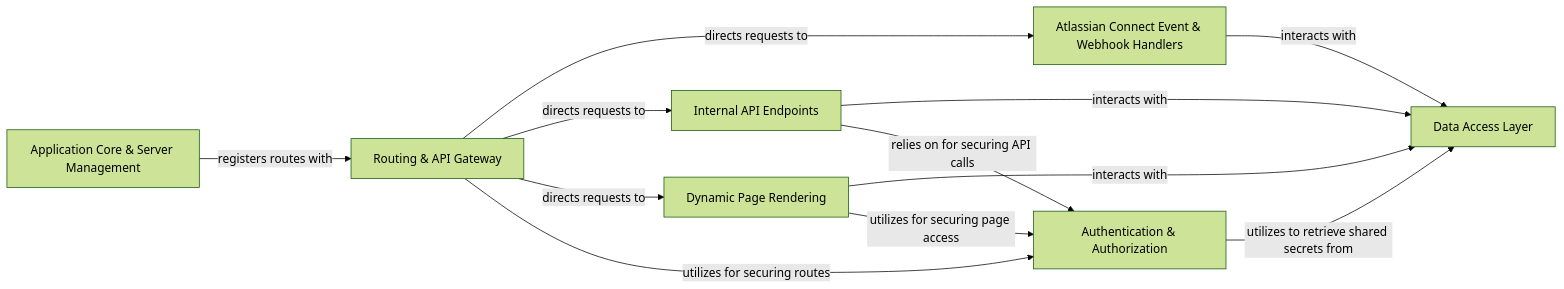
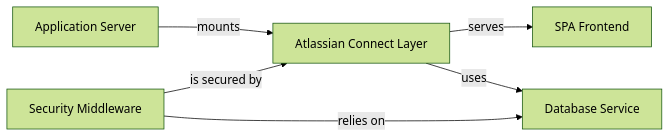
The diagram in atlassian-connect-example-app-node/on_boarding.md (CodeBoarding/GeneratedOnBoardings), drawn with Mermaid (forest theme) before and after one commit. The commit also changed other lines of this file and 3 other files, not shown here.

Commit message:
Uploading onboarding materials for atlassian-connect-example-app-node

````diff
--- a/atlassian-connect-example-app-node/on_boarding.md
+++ b/atlassian-connect-example-app-node/on_boarding.md
@@ -1,21 +1,16 @@
 ```mermaid
 graph LR
-    Application_Core_Server_Management["Application Core & Server Management"]
-    Data_Access_Layer["Data Access Layer"]
-    Authentication_Authorization["Authentication & Authorization"]
-    Routing_API_Gateway["Routing & API Gateway"]
-    Atlassian_Connect_Event_Webhook_Handlers["Atlassian Connect Event & Webhook Handlers"]
-    Internal_API_Endpoints["Internal API Endpoints"]
-    Dynamic_Page_Rendering["Dynamic Page Rendering"]
-    Application_Core_Server_Management -- "registers routes with" --> Routing_API_Gateway
-    Routing_API_Gateway -- "directs requests to" --> Atlassian_Connect_Event_Webhook_Handlers
-    Routing_API_Gateway -- "directs requests to" --> Internal_API_Endpoints
-    Routing_API_Gateway -- "directs requests to" --> Dynamic_Page_Rendering
-    Routing_API_Gateway -- "utilizes for securing routes" --> Authentication_Authorization
-    Atlassian_Connect_Event_Webhook_Handlers -- "interacts with" --> Data_Access_Layer
-    Internal_API_Endpoints -- "interacts with" --> Data_Access_Layer
-    Internal_API_Endpoints -- "relies on for securing API calls" --> Authentication_Authorization
-    Dynamic_Page_Rendering -- "interacts with" --> Data_Access_Layer
-    Dynamic_Page_Rendering -- "utilizes for securing page access" --> Authentication_Authorization
-    Authentication_Authorization -- "utilizes to retrieve shared secrets from" --> Data_Access_Layer
+    Application_Server["Application Server"]
+    Atlassian_Connect_Layer["Atlassian Connect Layer"]
+    Security_Middleware["Security Middleware"]
+    Database_Service["Database Service"]
+    SPA_Frontend["SPA Frontend"]
+    Application_Server -- "mounts" --> Atlassian_Connect_Layer
+    Security_Middleware -- "is secured by" --> Atlassian_Connect_Layer
+    Atlassian_Connect_Layer -- "serves" --> SPA_Frontend
+    Security_Middleware -- "relies on" --> Database_Service
+    Atlassian_Connect_Layer -- "uses" --> Database_Service
+    click Application_Server href "https://github.com/CodeBoarding/GeneratedOnBoardings/blob/main/atlassian-connect-example-app-node/Application_Server.md" "Details"
+    click Atlassian_Connect_Layer href "https://github.com/CodeBoarding/GeneratedOnBoardings/blob/main/atlassian-connect-example-app-node/Atlassian_Connect_Layer.md" "Details"
+    click SPA_Frontend href "https://github.com/CodeBoarding/GeneratedOnBoardings/blob/main/atlassian-connect-example-app-node/SPA_Frontend.md" "Details"
 ```
````
